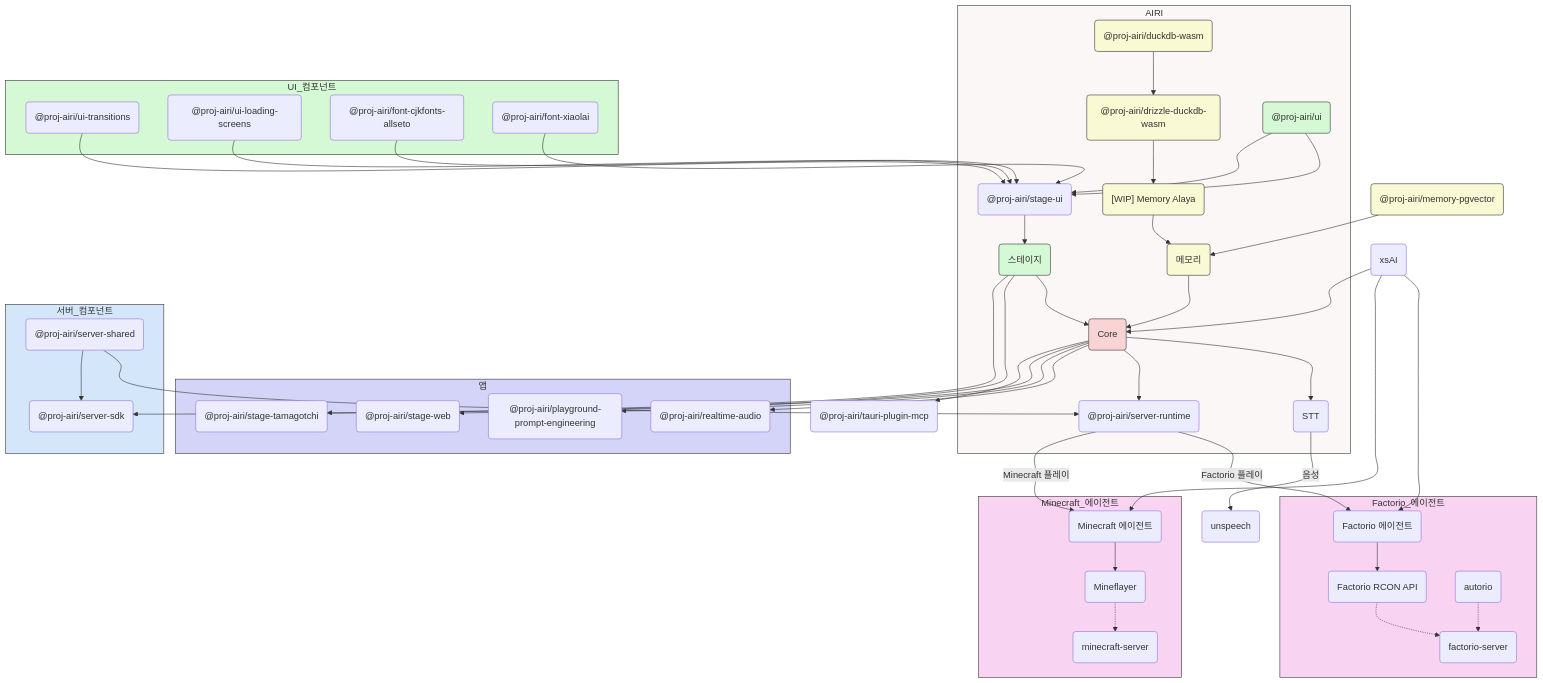
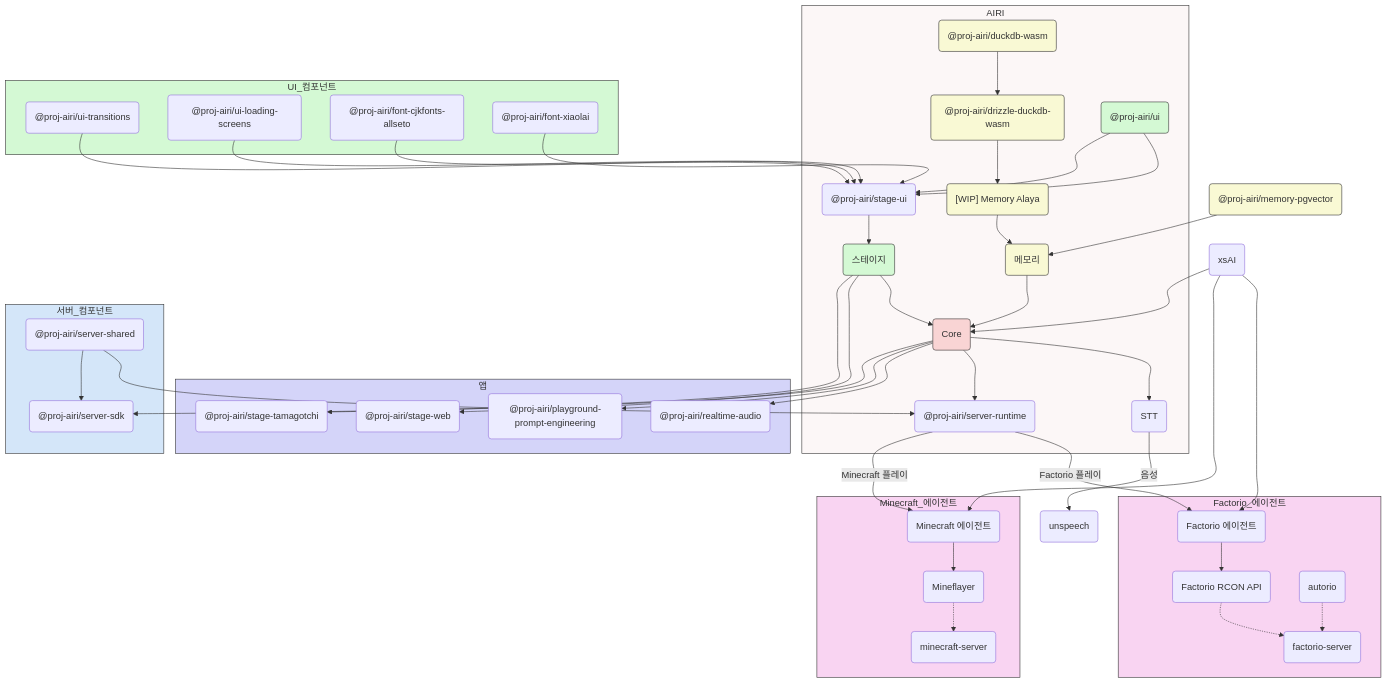
One commit to ZhuangRenyang/airi changed the diagram in docs/README.ko-KR.md. Above: the diagram before and after it, drawn with Mermaid. The commit also changed other lines of this file and 95 other files, not shown here.

```diff
--- a/docs/README.ko-KR.md
+++ b/docs/README.ko-KR.md
@@ -443,7 +442,6 @@
   XSAI --> F_AGENT
   XSAI --> MC_AGENT
 
-  Core --> TauriMCP("@proj-airi/tauri-plugin-mcp")
   Memory_PGVector("@proj-airi/memory-pgvector") --> Memory
 
   style Core fill:#f9d4d4,stroke:#333,stroke-width:1px
```
